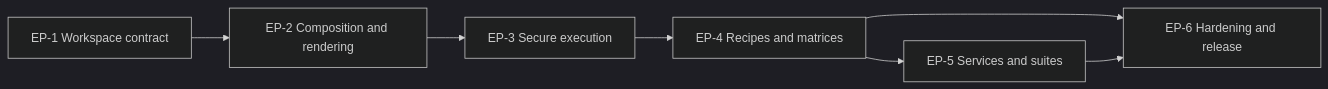
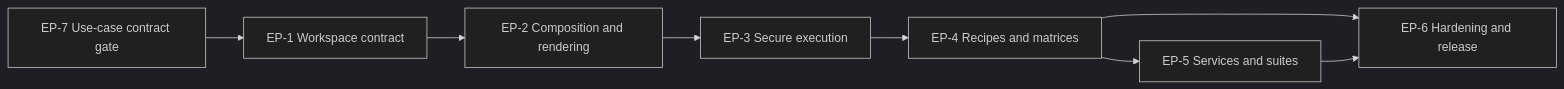
Before and after one commit to shinzui/hurl-workbench: the diagram in docs/masterplans/1-build-hurl-workbench-for-reusable-api-workflows.md, drawn with Mermaid (dark theme). The commit also changed other lines of this file and 11 other files, not shown here.

First line of the commit message:
docs(use-cases): add API contract validation gate

````diff
--- a/docs/masterplans/1-build-hurl-workbench-for-reusable-api-workflows.md
+++ b/docs/masterplans/1-build-hurl-workbench-for-reusable-api-workflows.md
@@ -128,9 +134,10 @@
 ```mermaid
 flowchart LR
+    EP7[EP-7 Use-case contract gate] --> EP1[EP-1 Workspace contract]
     EP1[EP-1 Workspace contract] --> EP2[EP-2 Composition and rendering]
     EP2 --> EP3[EP-3 Secure execution]
     EP3 --> EP4[EP-4 Recipes and matrices]
     EP4 --> EP5[EP-5 Services and suites]
     EP4 --> EP6[EP-6 Hardening and release]
     EP5 --> EP6
 ```
````
